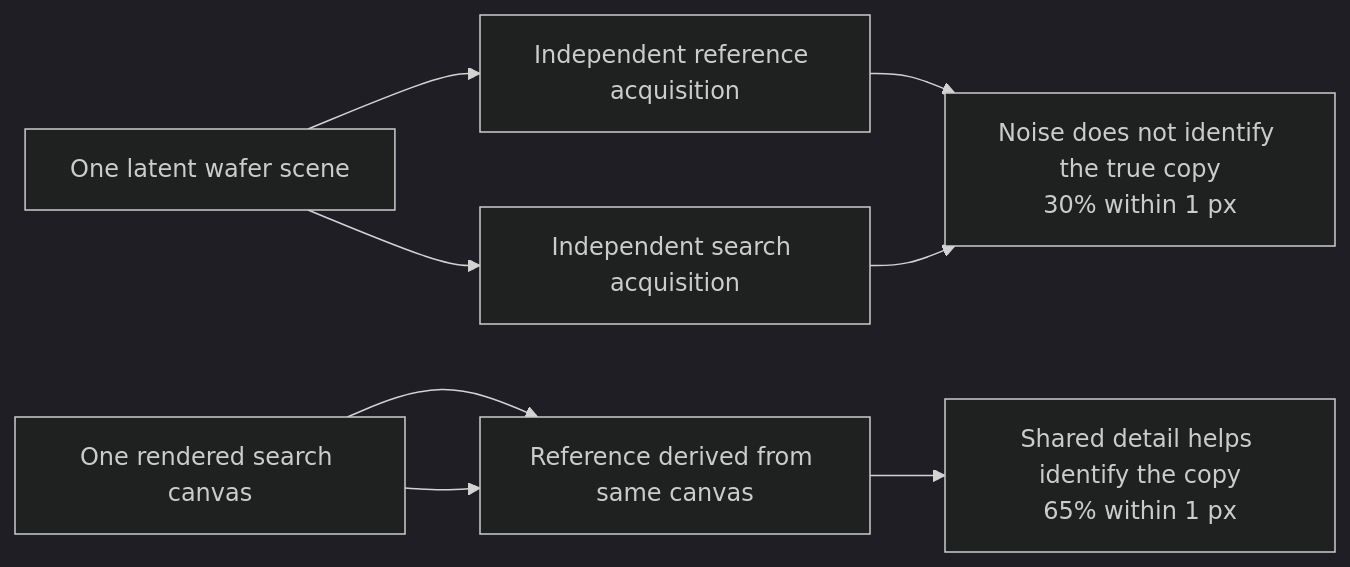
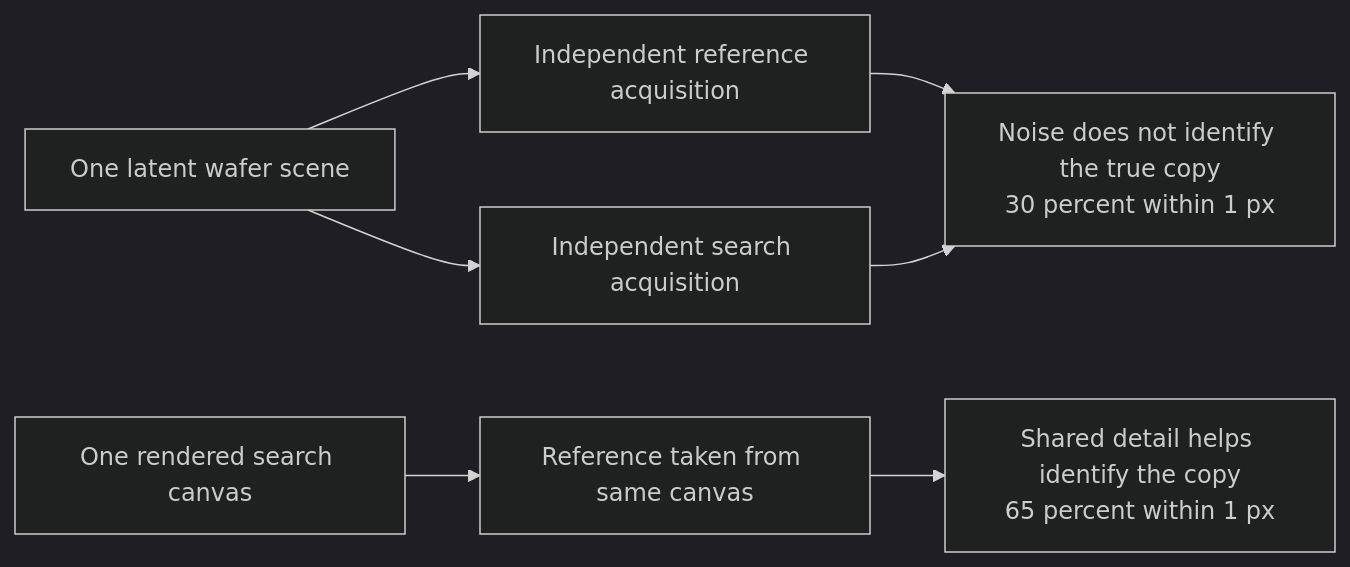
One commit to RHUDHRESH/LatticeRank-SEMICON-2026 changed the tenth of 12 diagrams in docs/V1_VS_V2.md. Above: the diagram before and after it, drawn with Mermaid (dark theme). The commit also changed other lines of this file and 35 other files, not shown here.

````diff
--- a/docs/V1_VS_V2.md
+++ b/docs/V1_VS_V2.md
@@ -374,11 +384,10 @@
 ```mermaid
 flowchart LR
     W["One latent wafer scene"] --> A1["Independent reference acquisition"]
     W --> A2["Independent search acquisition"]
-    A1 --> HARD["Noise does not identify the true copy<br/>30% within 1 px"]
+    A1 --> HARD["Noise does not identify the true copy<br/>30 percent within 1 px"]
     A2 --> HARD
 
-    S["One rendered search canvas"] --> CROP["Reference derived from same canvas"]
-    S --> CROP
-    CROP --> EASY["Shared detail helps identify the copy<br/>65% within 1 px"]
+    S["One rendered search canvas"] --> CROP["Reference taken from same canvas"]
+    CROP --> EASY["Shared detail helps identify the copy<br/>65 percent within 1 px"]
 ```
````
